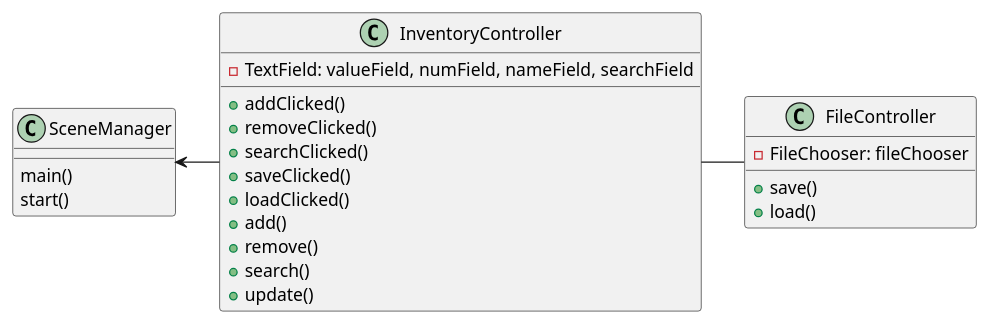
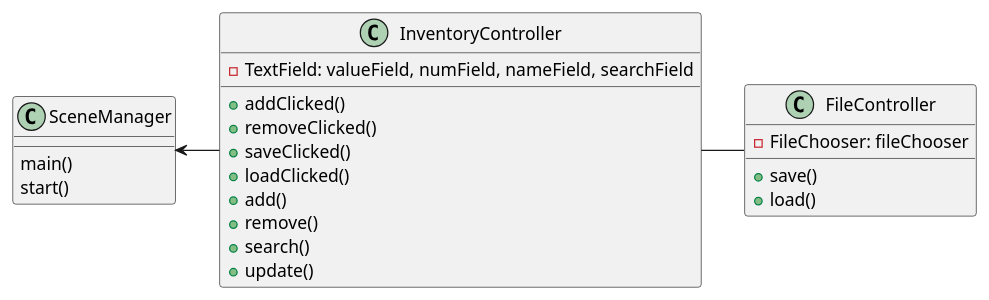
One commit to lcorona26/corona-0708-a5 changed the diagram in uml/classes.puml. Above: the diagram before and after it, drawn with PlantUML. The commit also changed 4 other files, not shown here.

```diff
--- a/uml/classes.puml
+++ b/uml/classes.puml
@@ -1,37 +1,36 @@
 @startuml
 
 class SceneManager{
     main()
     start()
 }
 class InventoryController{
 
     -TextField: valueField, numField, nameField, searchField
 
 
     + addClicked()
     + removeClicked()
-    + searchClicked()
     + saveClicked()
     + loadClicked()
     + add()
     + remove()
     + search()
     + update()
 
 
 
 }
 class FileController{
 
     -FileChooser: fileChooser
 
     + save()
     + load()
 }
 
 
 SceneManager <-InventoryController
 InventoryController - FileController
 
 @enduml
```
